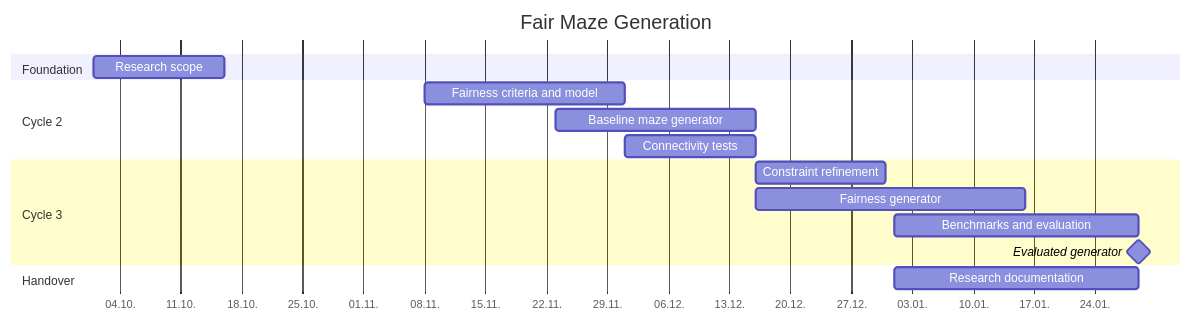
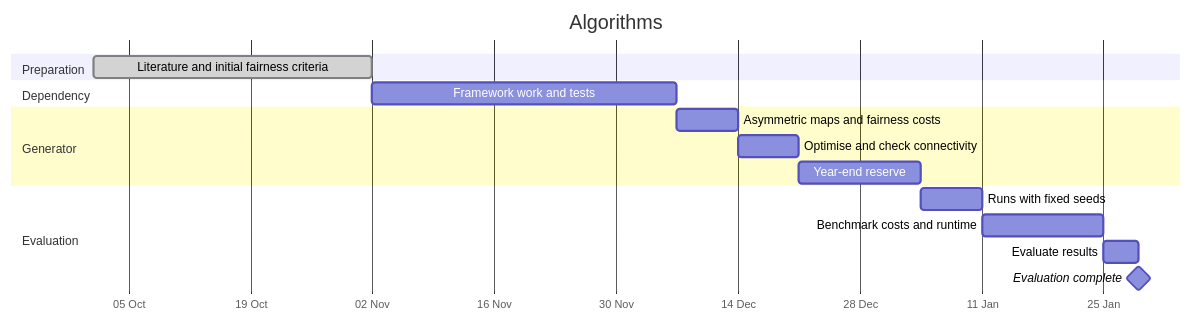
One commit to kaleo22/AD-Framework changed the second of 2 diagrams in README.md. Above: the diagram before and after it, drawn with Mermaid. The commit also changed other lines of this file and 2 other files, not shown here.

Commit message:
📆 Updated the weekly Dev Diary and the Gantt-Charts accordingly to the not met initial deadlines, as well as uploading the slide for this week

````diff
--- a/README.md
+++ b/README.md
@@ -278,23 +297,26 @@
 ```mermaid
 gantt
-    title Fair Maze Generation
+    title Algorithms
     dateFormat YYYY-MM-DD
-    axisFormat %d.%m.
+    axisFormat %d %b
+    tickInterval 2week
+    weekday monday
+    todayMarker off
 
-    section Foundation
-    Research scope               :r1, 2026-10-01, 2026-10-16
+    section Preparation
+    Literature and initial fairness criteria :done, a1, 2026-10-01, 32d
 
-    section Cycle 2
-    Fairness criteria and model  :r2, 2026-11-08, 2026-12-01
-    Baseline maze generator      :r3, 2026-11-23, 2026-12-16
-    Connectivity tests           :r4, 2026-12-01, 2026-12-16
+    section Dependency
+    Framework work and tests             :a2, after a1, 35d
 
-    section Cycle 3
-    Constraint refinement        :r5, 2026-12-16, 2026-12-31
-    Fairness generator           :r6, 2026-12-16, 2027-01-16
-    Benchmarks and evaluation    :r7, 2027-01-01, 2027-01-29
-    Evaluated generator          :milestone, m3, 2027-01-29, 0d
+    section Generator
+    Asymmetric maps and fairness costs   :a3, after a2, 7d
+    Optimise and check connectivity      :a4, after a3, 7d
+    Year-end reserve                     :a5, after a4, 14d
 
-    section Handover
-    Research documentation       :r8, 2027-01-01, 2027-01-29
+    section Evaluation
+    Runs with fixed seeds                :a6, after a5, 7d
+    Benchmark costs and runtime          :a7, after a6, 14d
+    Evaluate results                     :a8, after a7, 4d
+    Evaluation complete                  :milestone, a8m, after a8, 0d
 ```
````
